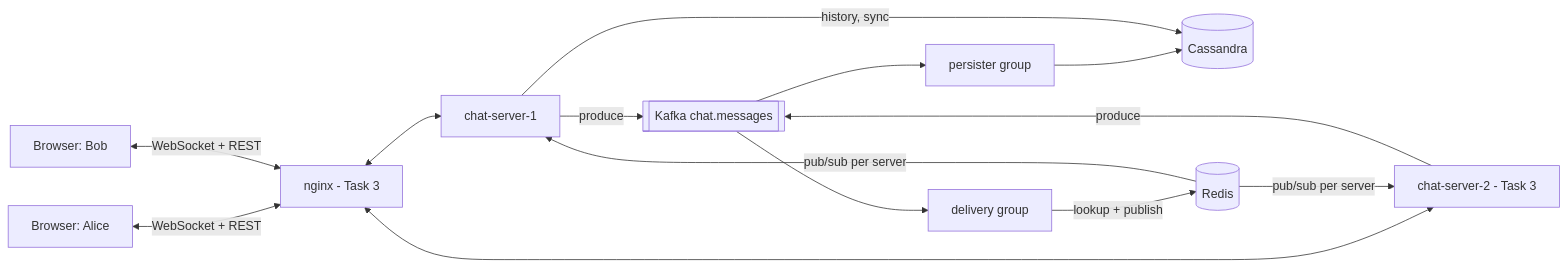
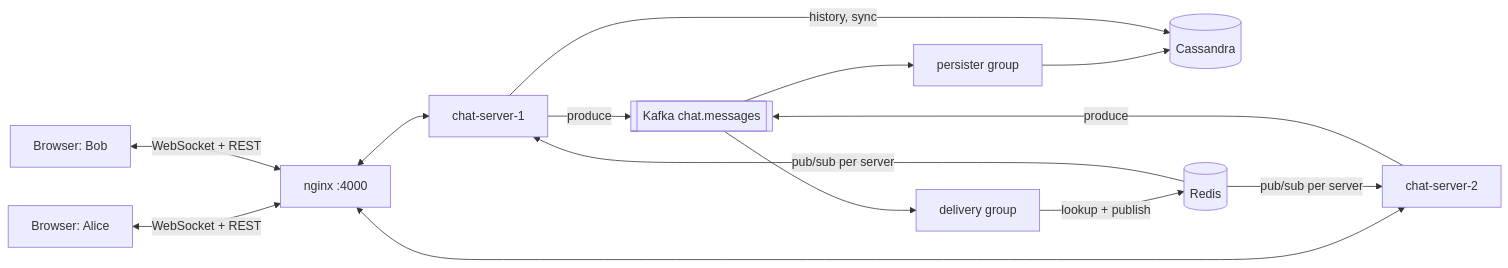
Before and after one commit to devravinder/project-whatsapp-clone: the first of 3 diagrams in docs/architecture.md, drawn with Mermaid. The commit also changed 26 other files, not shown here.

````diff
--- a/docs/architecture.md
+++ b/docs/architecture.md
@@ -7,16 +7,16 @@
 ```mermaid
 flowchart LR
-  W1[Browser: Alice] <-->|WebSocket + REST| LB[nginx - Task 3]
+  W1[Browser: Alice] <-->|WebSocket + REST| LB[nginx :4000]
   W2[Browser: Bob] <-->|WebSocket + REST| LB
   LB <--> S1[chat-server-1]
-  LB <--> S2[chat-server-2 - Task 3]
+  LB <--> S2[chat-server-2]
   S1 -->|produce| K[[Kafka chat.messages]]
   S2 -->|produce| K
   K --> P[persister group]
   K --> D[delivery group]
   P --> C[(Cassandra)]
   D -->|lookup + publish| R[(Redis)]
   R -->|pub/sub per server| S1
   R -->|pub/sub per server| S2
   S1 -->|history, sync| C
 ```
````
